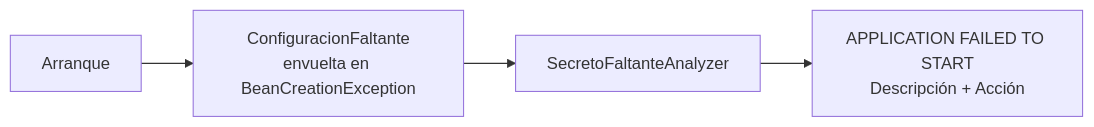
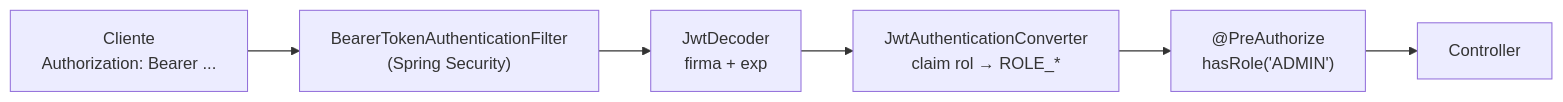
Before and after one commit to NICORUIZ93/The_Imperial_Book: the second of 4 diagrams in web/public/content/spring-boot/modulo-5.md, drawn with Mermaid. The commit also changed other lines of this file and 125 other files, not shown here.

````diff
--- a/web/public/content/spring-boot/modulo-5.md
+++ b/web/public/content/spring-boot/modulo-5.md
@@ -507,6 +236,8 @@
 ```mermaid
 flowchart LR
-    A["Arranque"] --> E["ConfiguracionFaltante<br/>envuelta en BeanCreationException"]
-    E --> F["SecretoFaltanteAnalyzer"]
-    F --> R["APPLICATION FAILED TO START<br/>Descripción + Acción"]
+  C["Cliente<br/>Authorization: Bearer ..."] --> F["BearerTokenAuthenticationFilter<br/>(Spring Security)"]
+  F --> D["JwtDecoder<br/>firma + exp"]
+  D --> K["JwtAuthenticationConverter<br/>claim rol → ROLE_*"]
+  K --> A["@PreAuthorize<br/>hasRole('ADMIN')"]
+  A --> R["Controller"]
 ```
````
